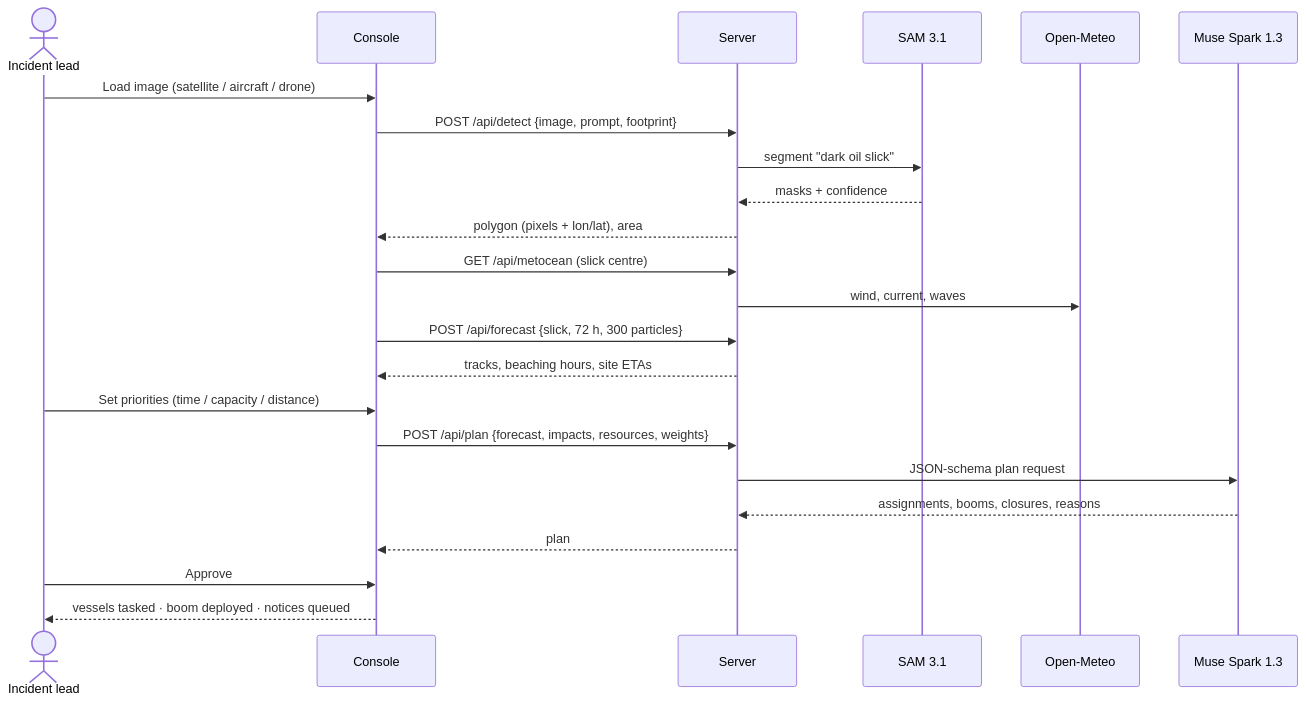
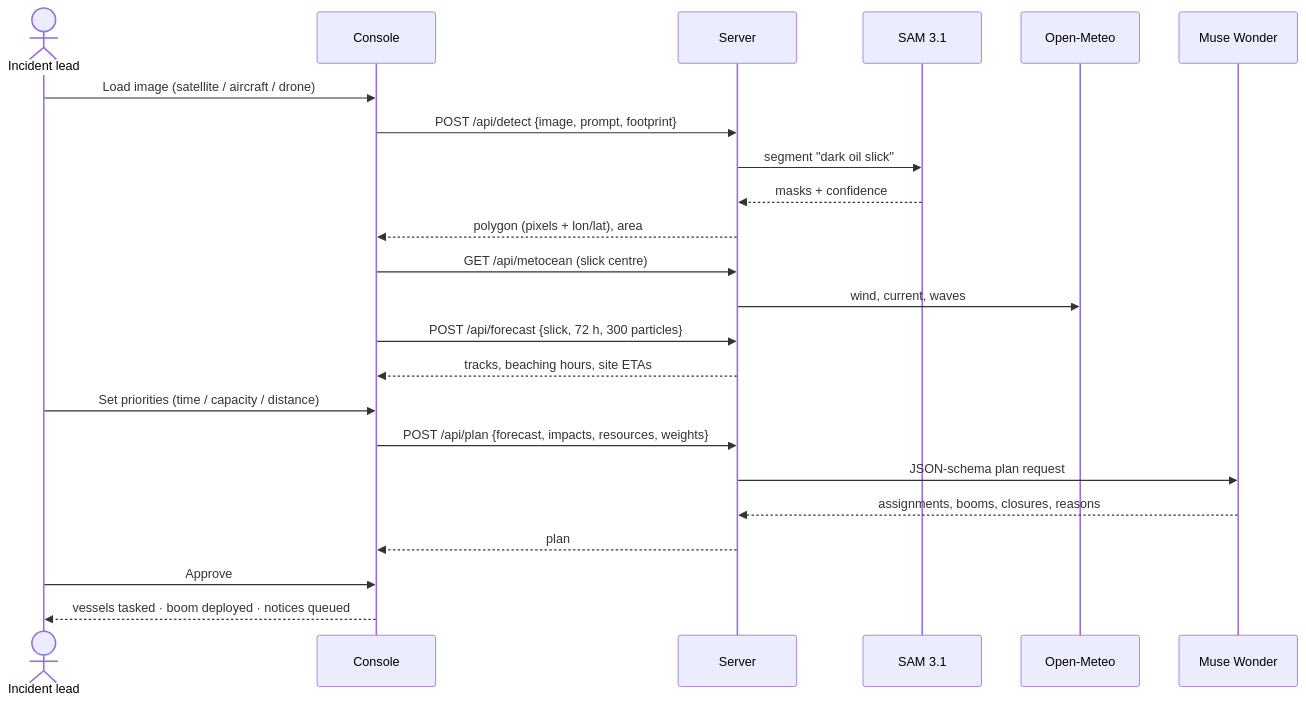
One commit to loyoai/spillsight changed the second of 2 diagrams in README.md. Above: the diagram before and after it, drawn with Mermaid. The commit also changed other lines of this file and 5 other files, not shown here.

Commit message:
Plan with Meta Muse Wonder; preview booms before approval; frame-exact demo recorder

````diff
--- a/README.md
+++ b/README.md
@@ -83,25 +83,25 @@
 ```mermaid
 sequenceDiagram
   actor Lead as Incident lead
   participant C as Console
   participant S as Server
   participant SAM as SAM 3.1
   participant OM as Open-Meteo
-  participant MS as Muse Spark 1.3
+  participant MS as Muse Wonder
   Lead->>C: Load image (satellite / aircraft / drone)
   C->>S: POST /api/detect {image, prompt, footprint}
   S->>SAM: segment "dark oil slick"
   SAM-->>S: masks + confidence
   S-->>C: polygon (pixels + lon/lat), area
   C->>S: GET /api/metocean (slick centre)
   S->>OM: wind, current, waves
   C->>S: POST /api/forecast {slick, 72 h, 300 particles}
   S-->>C: tracks, beaching hours, site ETAs
   Lead->>C: Set priorities (time / capacity / distance)
   C->>S: POST /api/plan {forecast, impacts, resources, weights}
   S->>MS: JSON-schema plan request
   MS-->>S: assignments, booms, closures, reasons
   S-->>C: plan
   Lead->>C: Approve
   C-->>Lead: vessels tasked · boom deployed · notices queued
 ```
````
